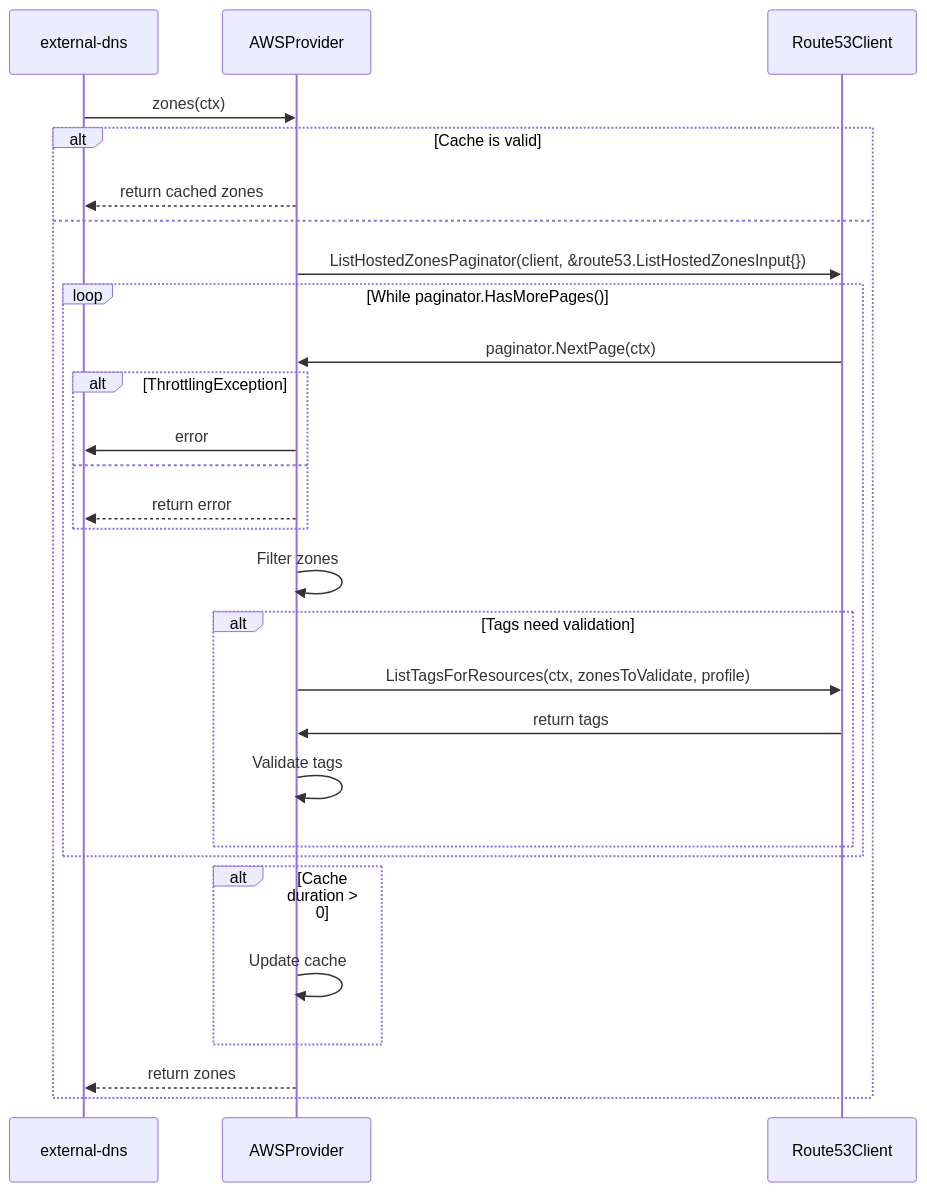
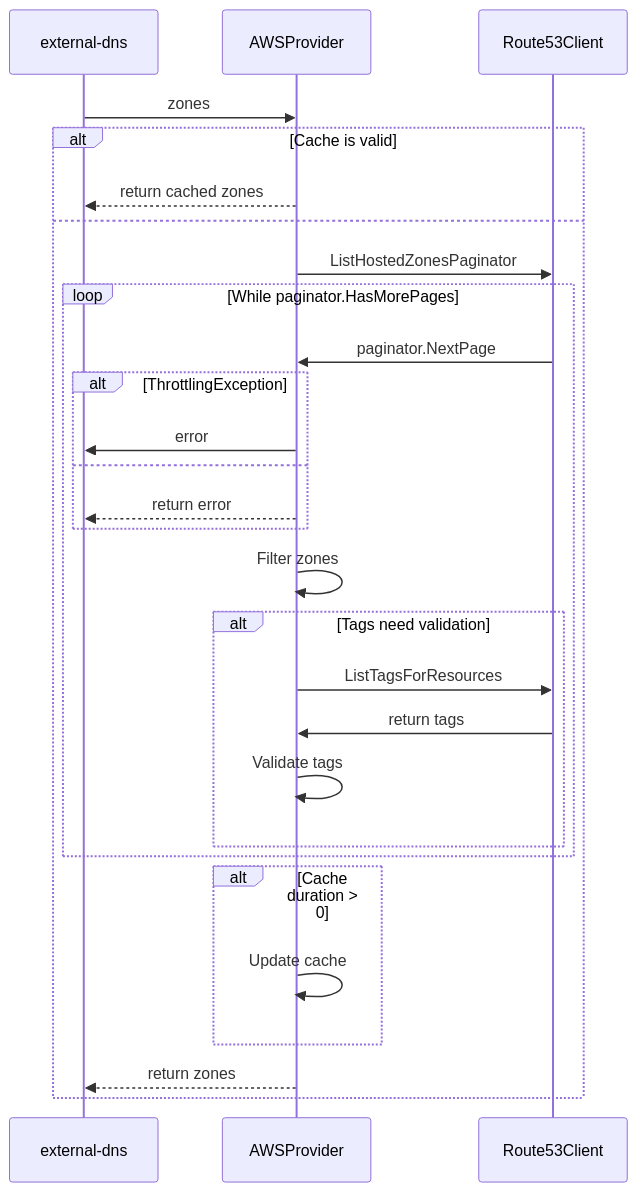
One commit to kubernetes-sigs/external-dns changed the second of 2 diagrams in docs/tutorials/aws-filters.md. Above: the diagram before and after it, drawn with Mermaid.

Commit message:
chore(aws-provider): aws tags batching functionality

````diff
--- a/docs/tutorials/aws-filters.md
+++ b/docs/tutorials/aws-filters.md
@@ -146,32 +146,32 @@
 ```mermaid
 sequenceDiagram
     participant external-dns
     participant AWSProvider
     participant Route53Client
 
-    external-dns->>AWSProvider: zones(ctx)
+    external-dns->>AWSProvider: zones
     alt Cache is valid
         AWSProvider-->>external-dns: return cached zones
     else
 
-        AWSProvider->>Route53Client: ListHostedZonesPaginator(client, &route53.ListHostedZonesInput{})
-        loop While paginator.HasMorePages()
-            Route53Client->>AWSProvider: paginator.NextPage(ctx)
+        AWSProvider->>Route53Client: ListHostedZonesPaginator
+        loop While paginator.HasMorePages
+            Route53Client->>AWSProvider: paginator.NextPage
             alt ThrottlingException
                 AWSProvider->>external-dns: error
             else
                 AWSProvider-->>external-dns: return error
             end
             AWSProvider->>AWSProvider: Filter zones
             alt Tags need validation
-                AWSProvider->>Route53Client: ListTagsForResources(ctx, zonesToValidate, profile)
+                AWSProvider->>Route53Client: ListTagsForResources
                 Route53Client->>AWSProvider: return tags
                 AWSProvider->>AWSProvider: Validate tags
             end
         end
         alt Cache duration > 0
             AWSProvider->>AWSProvider: Update cache
         end
         AWSProvider-->>external-dns: return zones
     end
 ```
````
